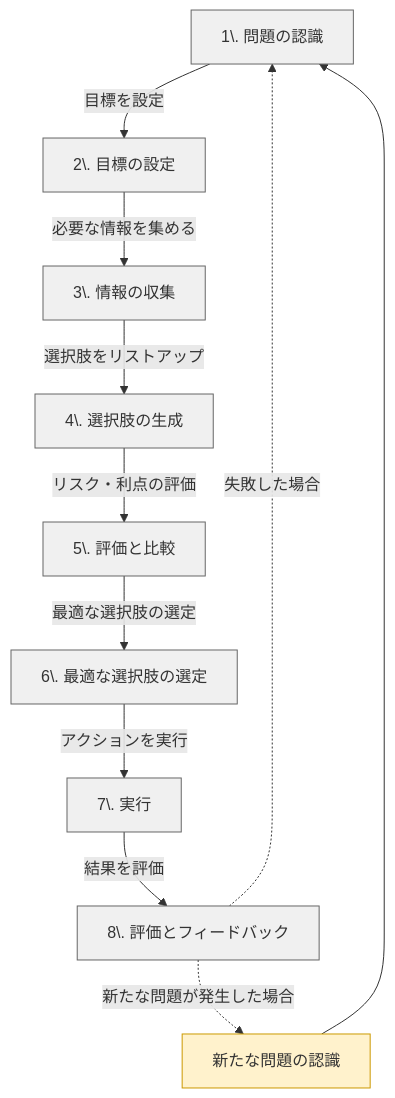
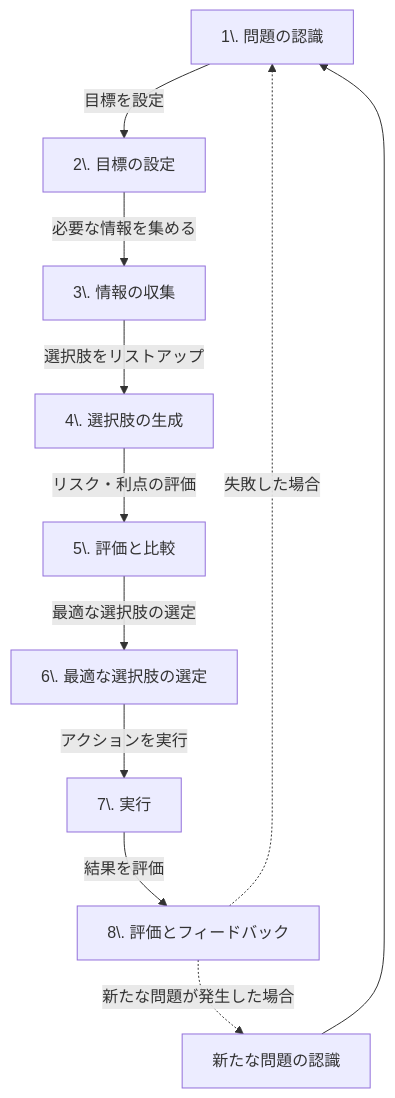
One commit to shuji-bonji/Situational-Awareness-and-Decision-Making changed the second of 2 diagrams in docs/basics/decision-making.md. Above: the diagram before and after it, drawn with Mermaid. The commit also changed other lines of this file and 49 other files, not shown here.

Commit message:
fix: ダークモードで見づらい図の色の変更

````diff
--- a/docs/basics/decision-making.md
+++ b/docs/basics/decision-making.md
@@ -63,22 +63,22 @@
 ```mermaid
 graph TB
     A[1\. 問題の認識] -->|目標を設定| B[2\. 目標の設定]
     B -->|必要な情報を集める| C[3\. 情報の収集]
     C -->|選択肢をリストアップ| D[4\. 選択肢の生成]
     D -->|リスク・利点の評価| E[5\. 評価と比較]
     E -->|最適な選択肢の選定| F[6\. 最適な選択肢の選定]
     F -->|アクションを実行| G[7\. 実行]
     G -->|結果を評価| H[8\. 評価とフィードバック]
     H -.->|失敗した場合| A
     H -.->|新たな問題が発生した場合| I[新たな問題の認識]
     I --> A
-    style A fill:#f0f0f0,stroke:#666
-    style B fill:#f0f0f0,stroke:#666
-    style C fill:#f0f0f0,stroke:#666
-    style D fill:#f0f0f0,stroke:#666
-    style E fill:#f0f0f0,stroke:#666
-    style F fill:#f0f0f0,stroke:#666
-    style G fill:#f0f0f0,stroke:#666
-    style H fill:#f0f0f0,stroke:#666
-    style I fill:#fff2cc,stroke:#cc9900
+
+
+
+
+
+
+
+
+
 ```
````
